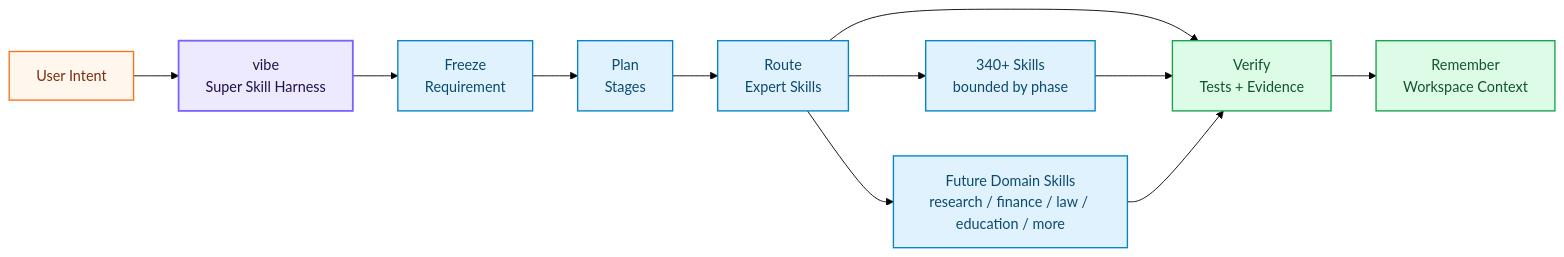
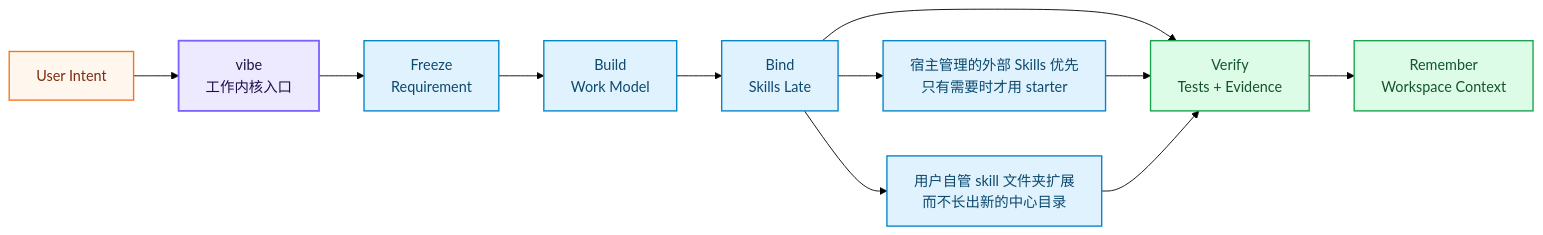
Before and after one commit to OhiraShusei/Vibe-Skills: the first of 2 diagrams in README.zh.md, drawn with Mermaid (forest theme). The commit also changed other lines of this file and 373 other files, not shown here.

````diff
--- a/README.zh.md
+++ b/README.zh.md
@@ -148,29 +151,29 @@
 ```mermaid
 flowchart LR
     accTitle: VibeSkills Harness Flow
-    accDescr: User intent enters the vibe harness. The harness freezes intent, plans stages, routes expert Skills, verifies evidence, and preserves workspace context.
+    accDescr: User intent enters the vibe harness. The harness freezes intent, builds a work model, binds helpful Skills late, verifies evidence, and preserves workspace context.
 
     user["User Intent"]
-    vibe["vibe<br/>Super Skill Harness"]
+    vibe["vibe<br/>工作内核入口"]
     freeze["Freeze<br/>Requirement"]
-    plan["Plan<br/>Stages"]
-    route["Route<br/>Expert Skills"]
-    skills["340+ Skills<br/>bounded by phase"]
-    future["Future Domain Skills<br/>research / finance / law / education / more"]
+    plan["Build<br/>Work Model"]
+    route["Bind<br/>Skills Late"]
+    skills["宿主管理的外部 Skills 优先<br/>只有需要时才用 starter"]
+    future["用户自管 skill 文件夹扩展<br/>而不长出新的中心目录"]
     verify["Verify<br/>Tests + Evidence"]
     memory["Remember<br/>Workspace Context"]
 
     user --> vibe --> freeze --> plan --> route --> verify --> memory
     route --> skills --> verify
     route --> future --> verify
 
     classDef core fill:#ede9fe,stroke:#7B61FF,stroke-width:2px,color:#1f1147
     classDef stage fill:#e0f2fe,stroke:#0284c7,stroke-width:1.5px,color:#0c4a6e
     classDef proof fill:#dcfce7,stroke:#16a34a,stroke-width:1.5px,color:#14532d
     classDef user fill:#fff7ed,stroke:#f97316,stroke-width:1.5px,color:#7c2d12
 
     class vibe core
     class freeze,plan,route,skills,future stage
     class verify,memory proof
     class user user
 ```
````
